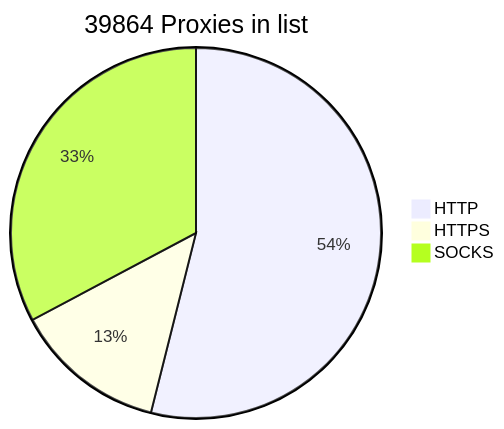
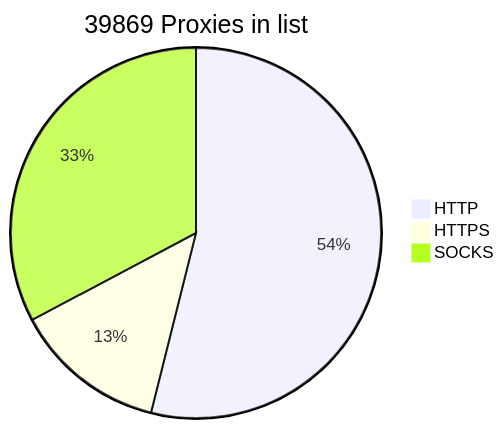
The diagram in README.md (BlackSnowDot/proxylist-update-every-minute), drawn with Mermaid before and after one commit.

````diff
--- a/README.md
+++ b/README.md
@@ -2,6 +2,6 @@
 ```mermaid
-pie title 39864 Proxies in list
-    "HTTP" : 23931
-    "HTTPS": 5910
+pie title 39869 Proxies in list
+    "HTTP" : 23933
+    "HTTPS": 5920
     "SOCKS" : 14545
 ```
````
